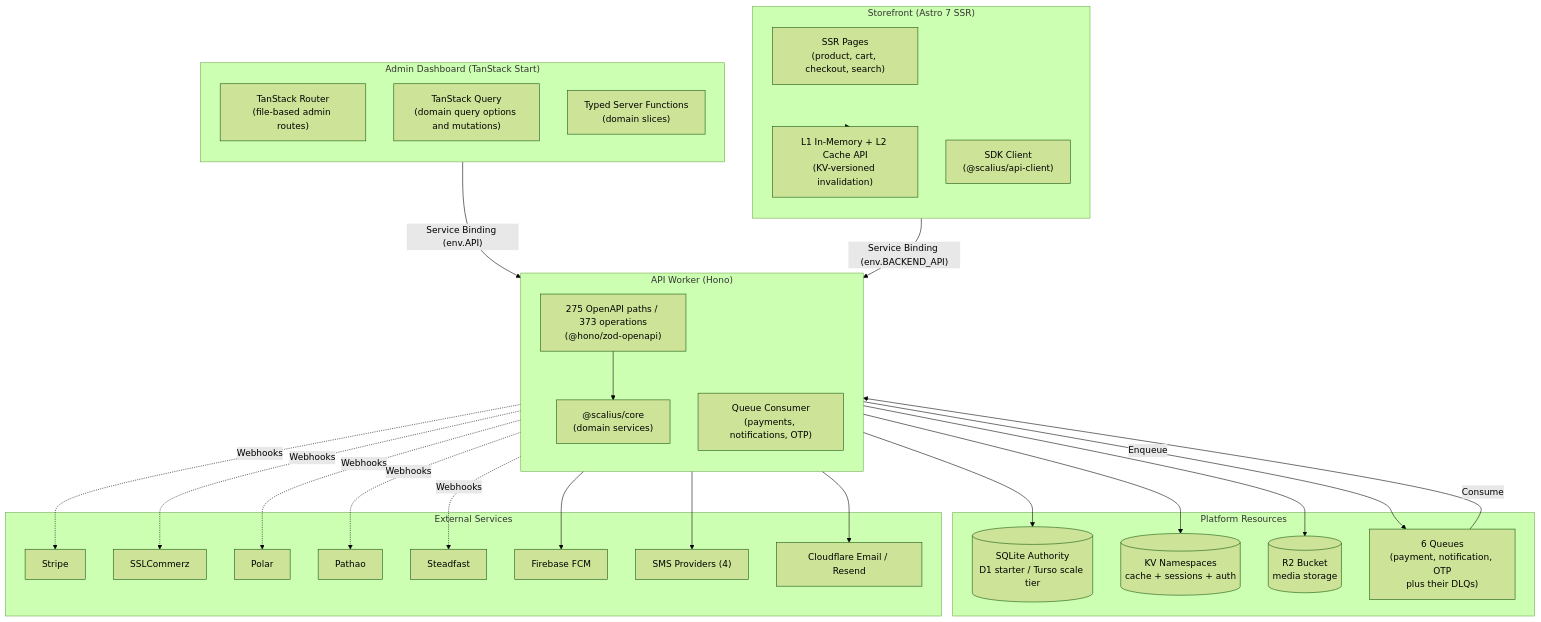
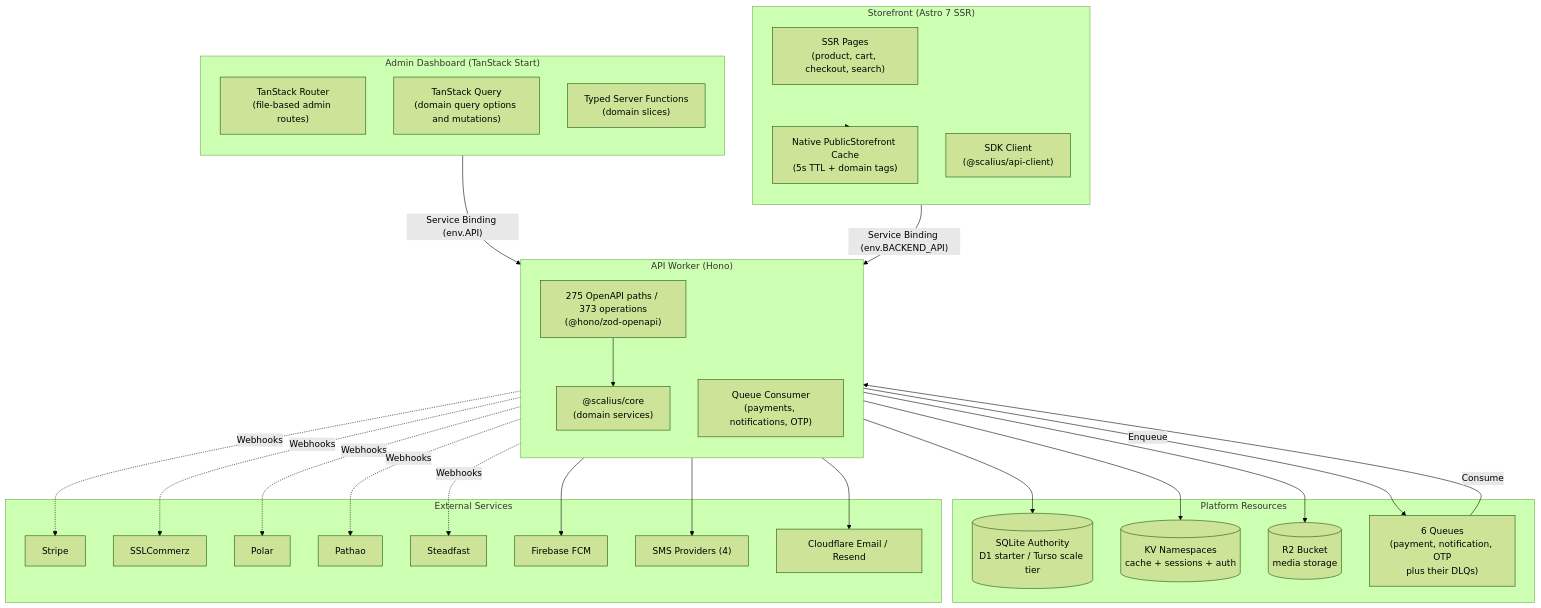
One commit to scaliuslabs/scalius-commerce-lite changed the first of 3 diagrams in README.md. Above: the diagram before and after it, drawn with Mermaid (forest theme). The commit also changed other lines of this file and 41 other files, not shown here.

Commit message:
refactor(cache): make native storefront cache authoritative

````diff
--- a/README.md
+++ b/README.md
@@ -86,60 +86,60 @@
 ```mermaid
 flowchart TB
     subgraph AdminV2 ["Admin Dashboard (TanStack Start)"]
         direction TB
         TSRouter["TanStack Router<br/>(file-based admin routes)"]
         TSQuery["TanStack Query<br/>(domain query options and mutations)"]
         ServerFns["Typed Server Functions<br/>(domain slices)"]
     end
 
     subgraph Storefront ["Storefront (Astro 7 SSR)"]
         direction TB
         AstroPages["SSR Pages<br/>(product, cart, checkout, search)"]
-        EdgeCache["L1 In-Memory + L2 Cache API<br/>(KV-versioned invalidation)"]
+        EdgeCache["Native PublicStorefront Cache<br/>(5s TTL + domain tags)"]
         SDKClient["SDK Client<br/>(@scalius/api-client)"]
     end
 
     subgraph API ["API Worker (Hono)"]
         direction TB
         HonoApp["275 OpenAPI paths / 373 operations<br/>(@hono/zod-openapi)"]
         QueueConsumer["Queue Consumer<br/>(payments, notifications, OTP)"]
         CoreModules["@scalius/core<br/>(domain services)"]
     end
 
     subgraph Infra ["Platform Resources"]
         SQLiteDB[(SQLite Authority<br/>D1 starter / Turso scale tier)]
         KV[(KV Namespaces<br/>cache + sessions + auth)]
         R2[(R2 Bucket<br/>media storage)]
         Queues["6 Queues<br/>(payment, notification, OTP<br/>plus their DLQs)"]
     end
 
     subgraph External ["External Services"]
         Stripe["Stripe"]
         SSLCommerz["SSLCommerz"]
         Polar["Polar"]
         Pathao["Pathao"]
         Steadfast["Steadfast"]
         Firebase["Firebase FCM"]
         SMS["SMS Providers (4)"]
         EmailProvider["Cloudflare Email / Resend"]
     end
 
     AdminV2 -->|"Service Binding (env.API)"| API
     Storefront -->|"Service Binding (env.BACKEND_API)"| API
     API --> SQLiteDB
     API --> KV
     API --> R2
     API -->|Enqueue| Queues
     Queues -->|Consume| QueueConsumer
     QueueConsumer --> Firebase
     QueueConsumer --> SMS
     QueueConsumer --> EmailProvider
     HonoApp --> CoreModules
     Storefront --> EdgeCache
 
     API -.->|Webhooks| Stripe
     API -.->|Webhooks| SSLCommerz
     API -.->|Webhooks| Polar
     API -.->|Webhooks| Pathao
     API -.->|Webhooks| Steadfast
 ```
````
